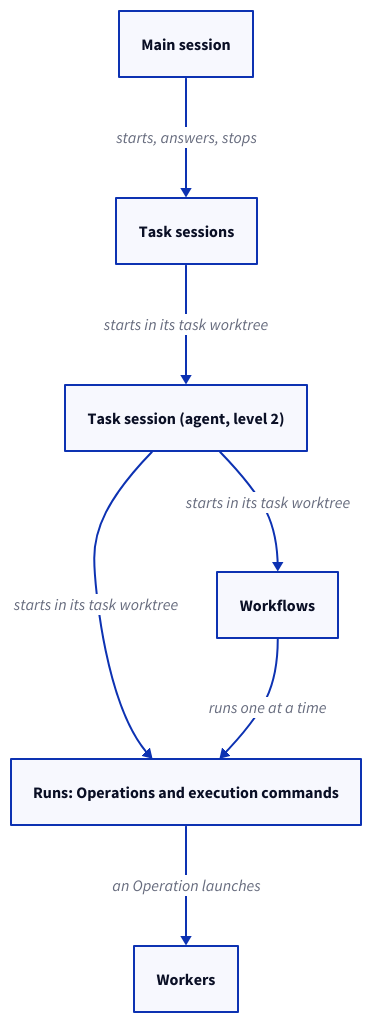
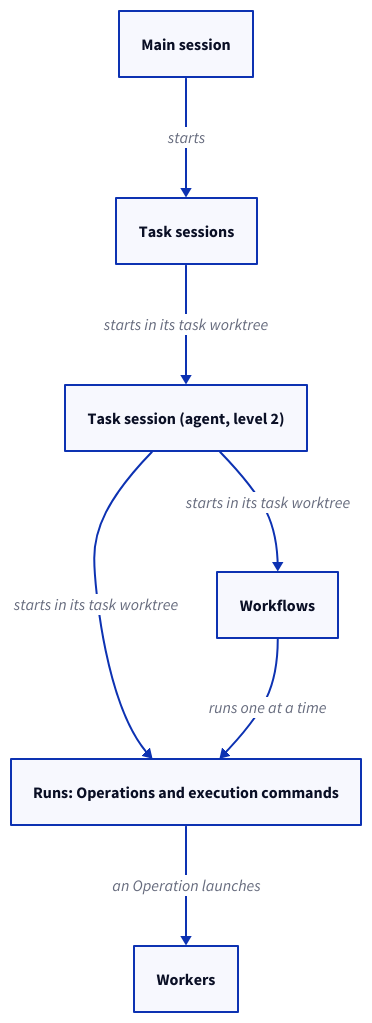
Before and after one commit to FTOD/concorde: the first of 4 diagrams in specs/concorde/coordination/task-session/module.md, drawn with D2. The commit also changed other lines of this file and 92 other files, not shown here.

````diff
--- a/specs/concorde/coordination/task-session/module.md
+++ b/specs/concorde/coordination/task-session/module.md
@@ -233,14 +134,14 @@
 ```d2 illustrative
 main: Main session
 module: Task sessions
 tasksession: "Task session (agent, level 2)"
 workflows: Workflows
 runs: "Runs: Operations and execution commands"
 workers: Workers
-main -> module: starts, answers, stops
+main -> module: starts
 module -> tasksession: starts in its task worktree
 tasksession -> workflows: starts in its task worktree
 tasksession -> runs: starts in its task worktree
 workflows -> runs: runs one at a time
 runs -> workers: an Operation launches
 ```
````
